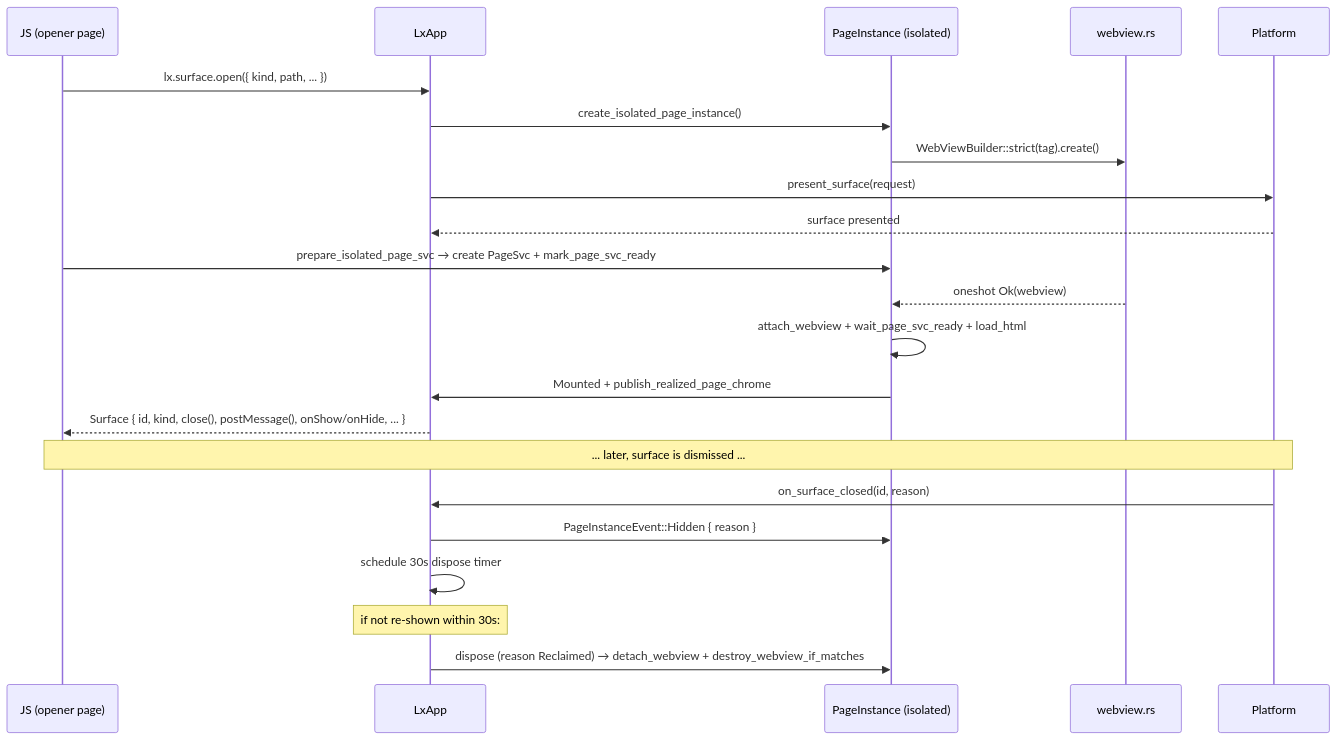
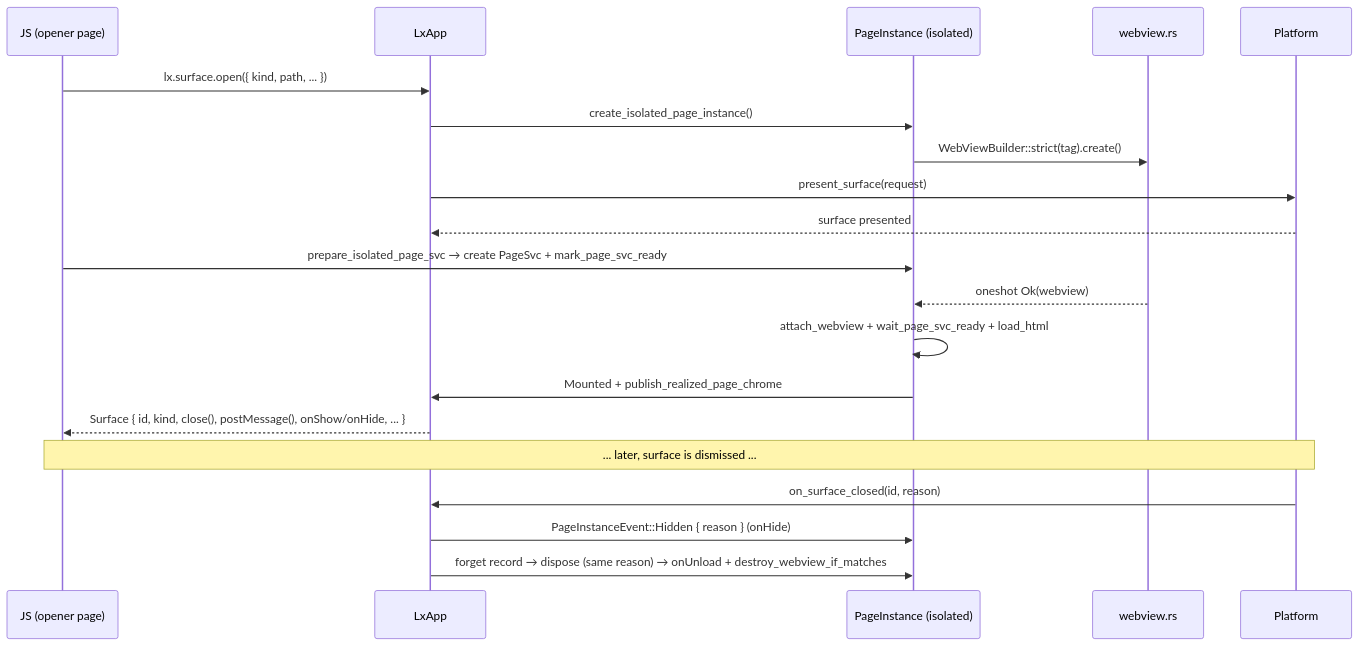
One commit to LingXia-Dev/LingXia changed the second of 5 diagrams in docs/internal/webview-lifecycle.md. Above: the diagram before and after it, drawn with Mermaid. The commit also changed other lines of this file and 12 other files, not shown here.

First line of the commit message:
fix(lxapp): unload a closed surface's page at once; hide keeps it

````diff
--- a/docs/internal/webview-lifecycle.md
+++ b/docs/internal/webview-lifecycle.md
@@ -1187,27 +1186,25 @@
 ```mermaid
 sequenceDiagram
   participant JS as JS (opener page)
   participant LxApp
   participant PI as PageInstance (isolated)
   participant Core as webview.rs
   participant Platform
 
   JS->>LxApp: lx.surface.open({ kind, path, ... })
   LxApp->>PI: create_isolated_page_instance()
   PI->>Core: WebViewBuilder::strict(tag).create()
   LxApp->>Platform: present_surface(request)
   Platform-->>LxApp: surface presented
   JS->>PI: prepare_isolated_page_svc → create PageSvc + mark_page_svc_ready
   Core-->>PI: oneshot Ok(webview)
   PI->>PI: attach_webview + wait_page_svc_ready + load_html
   PI->>LxApp: Mounted + publish_realized_page_chrome
   LxApp-->>JS: Surface { id, kind, close(), postMessage(), onShow/onHide, ... }
 
   Note over JS,Platform: ... later, surface is dismissed ...
 
   Platform->>LxApp: on_surface_closed(id, reason)
-  LxApp->>PI: PageInstanceEvent::Hidden { reason }
-  LxApp->>LxApp: schedule 30s dispose timer
-  Note over LxApp: if not re-shown within 30s:
-  LxApp->>PI: dispose (reason Reclaimed) → detach_webview + destroy_webview_if_matches
+  LxApp->>PI: PageInstanceEvent::Hidden { reason } (onHide)
+  LxApp->>PI: forget record → dispose (same reason) → onUnload + destroy_webview_if_matches
 ```
````
